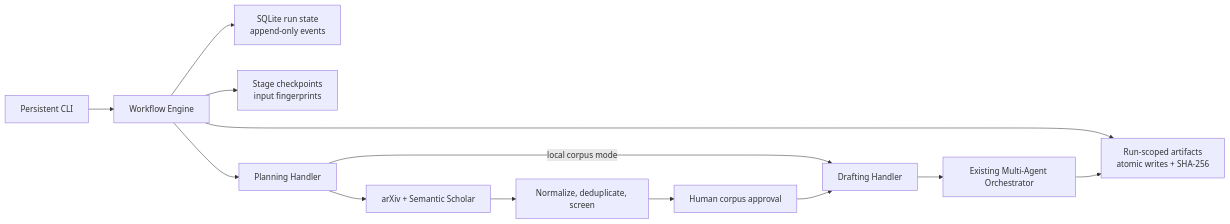
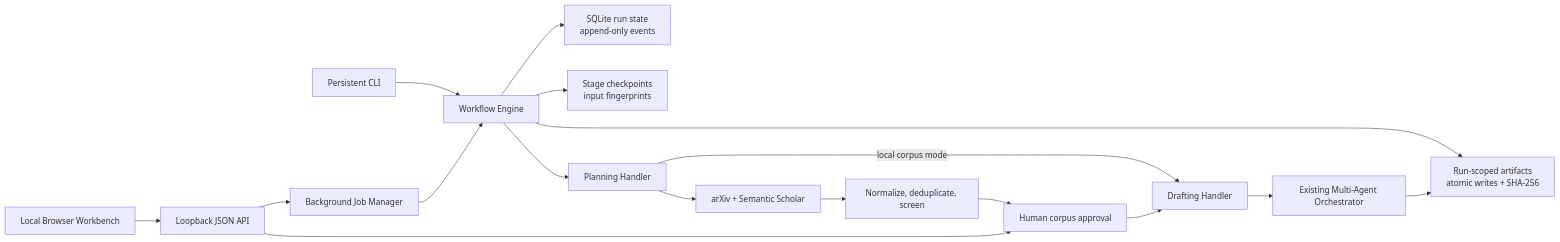
The second of 2 diagrams in docs/design_document.md (DavidZ05/multi-agent-literature-review-system), drawn with Mermaid before and after one commit. The commit also changed other lines of this file and 2 other files, not shown here.

Commit message:
Document the local review workbench

````diff
--- a/docs/design_document.md
+++ b/docs/design_document.md
@@ -52,15 +52,19 @@
 ```mermaid
 flowchart LR
     CLI["Persistent CLI"] --> Engine["Workflow Engine"]
+    Browser["Local Browser Workbench"] --> API["Loopback JSON API"]
+    API --> Jobs["Background Job Manager"]
+    API --> Approval["Human corpus approval"]
+    Jobs --> Engine
     Engine --> State["SQLite run state<br/>append-only events"]
     Engine --> Checkpoints["Stage checkpoints<br/>input fingerprints"]
     Engine --> Artifacts["Run-scoped artifacts<br/>atomic writes + SHA-256"]
     Engine --> Planning["Planning Handler"]
     Planning -->|"local corpus mode"| Drafting["Drafting Handler"]
     Planning --> Discovery["arXiv + Semantic Scholar"]
     Discovery --> Screening["Normalize, deduplicate, screen"]
-    Screening --> Approval["Human corpus approval"]
+    Screening --> Approval
     Approval --> Drafting
     Drafting --> Orchestrator["Existing Multi-Agent Orchestrator"]
     Orchestrator --> Artifacts
 ```
````
